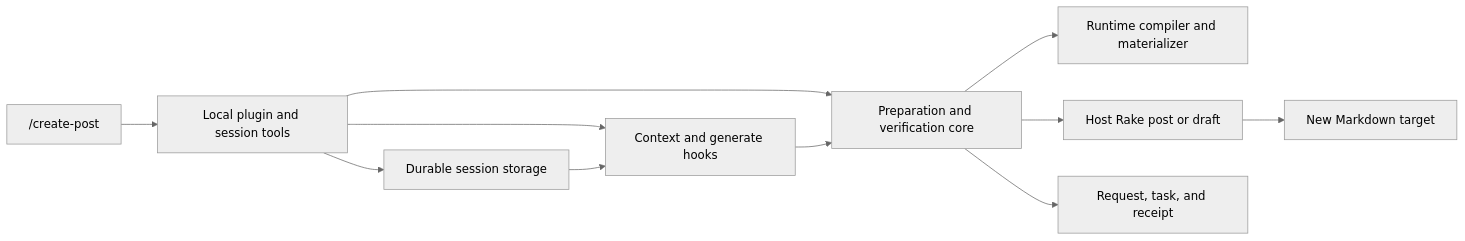
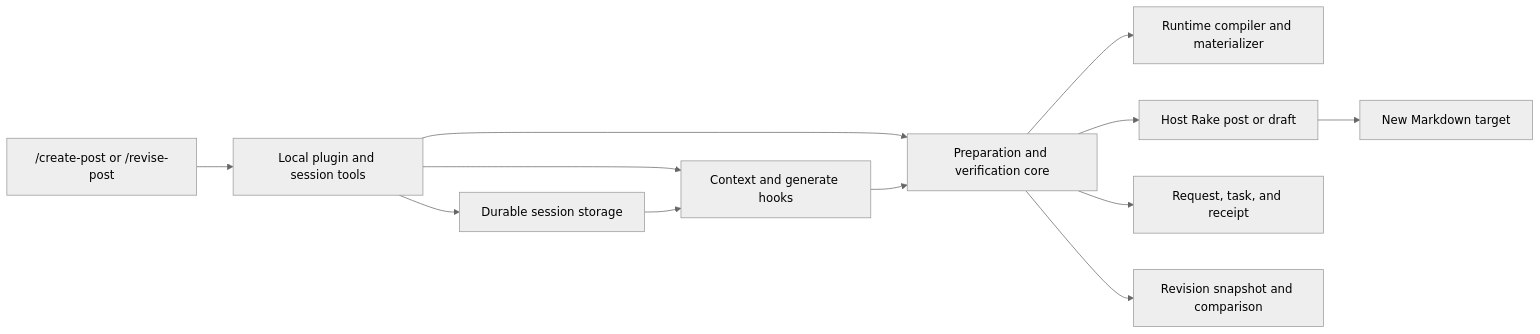
One commit to theclue/gabrielebaldassarre.com changed the diagram in wiki/modules/governed-post-authoring.md. Above: the diagram before and after it, drawn with Mermaid (neutral theme). The commit also changed other lines of this file and 21 other files, not shown here.

````diff
--- a/wiki/modules/governed-post-authoring.md
+++ b/wiki/modules/governed-post-authoring.md
@@ -60,13 +72,14 @@
 ```mermaid
 graph LR
-    Command["/create-post"] --> Plugin["Local plugin and session tools"]
+    Command["/create-post or /revise-post"] --> Plugin["Local plugin and session tools"]
     Plugin --> Core["Preparation and verification core"]
     Core --> Runtime["Runtime compiler and materializer"]
     Core --> Rake["Host Rake post or draft"]
     Rake --> Target["New Markdown target"]
     Core --> Evidence["Request, task, and receipt"]
+    Core --> Revision["Revision snapshot and comparison"]
     Plugin --> Storage["Durable session storage"]
     Plugin --> Hooks["Context and generate hooks"]
     Storage --> Hooks
     Hooks --> Core
 ```
````
